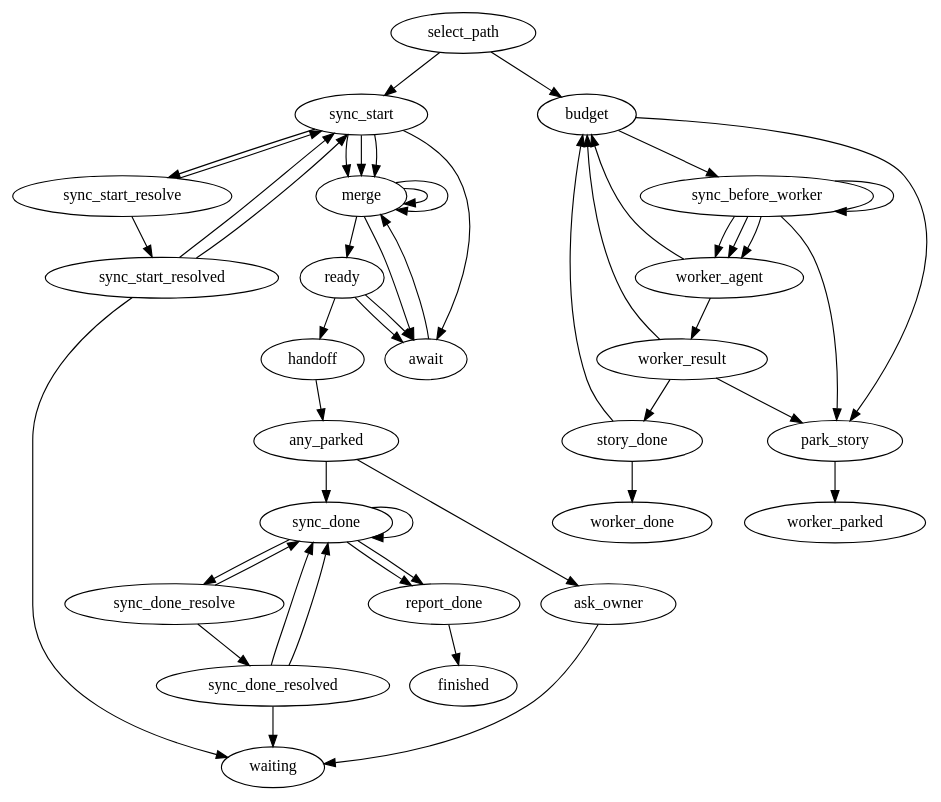
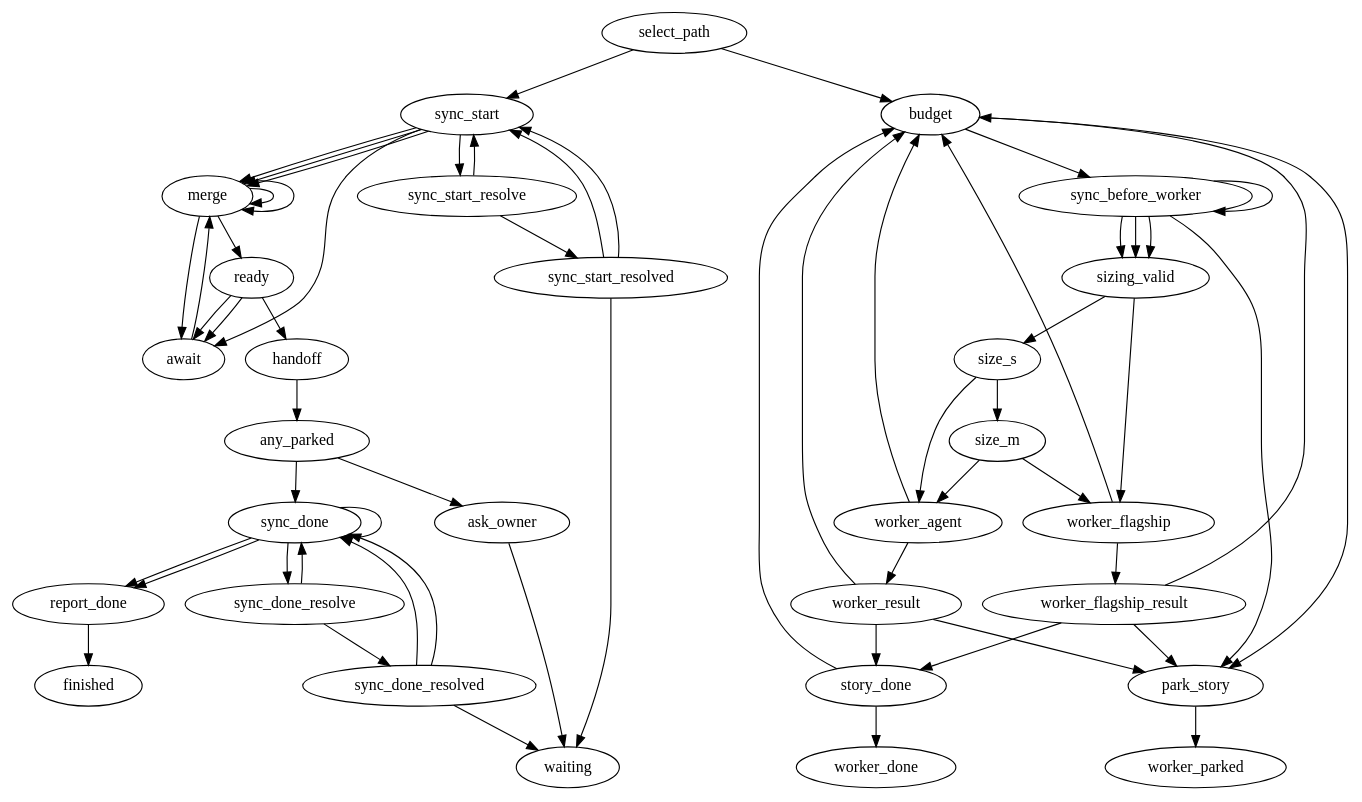
Before and after one commit to marioatcloudvane/litefactory: the diagram in teams/source/base-team/implement/implement.dot, drawn with Graphviz. The commit also changed 352 other files, not shown here.

First line of the commit message:
Implement run completed

```diff
--- a/teams/source/base-team/implement/implement.dot
+++ b/teams/source/base-team/implement/implement.dot
@@ -1,138 +1,155 @@
 // Implement runs a managed feature as a graph. The factory decides which path a
 // run takes: the parent issue takes the coordinator path, and each story
 // sub-issue takes the worker path with a session, branch and worktree of its
 // own. Independent stories therefore build side by side, and a story that fails
 // does not stop the others.
 //
 // Coordinator (parent issue). It first brings the repository's base branch
 // (main) into the feature branch, so stories build on a current base. An owner
 // reply that resumes parked stories enters at this base sync again, so a fix
 // that reached main while the stories waited reaches them too. Then it
 // merges finished stories until none is left and starts every story that is
 // ready. While stories build it rests at await
 // and ends the run; it wakes when a story changes state. When no story can start
 // or finish, it writes the hand-off report. If any story is parked, it asks the
 // owner one question that lists them all and waits. If every story is merged,
 // it brings main in once more and reports completion on the parent once. When
 // main conflicts with the feature branch, a resolver agent merges it in the
 // parent's worktree and resolves the conflict; the factory saves a completed
 // answer and syncs again. Only a blocked resolver asks the owner. The
 // coordinator itself never writes code.
 //
 // Worker (story sub-issue). The repair budget is counted in the story ledger:
 // the first attempt and two repairs. Each permitted entry first synchronizes
 // the selected story base; conflicts or exhausted sync retries park the story.
 // One write-access agent writes the code and
 // its tailored unit tests and runs them. Only an accepted completed answer is
 // saved (committed and pushed), and only then is the story done. A blocked
 // answer parks the story at once with the agent's own reason. An incomplete
 // answer, a failed attempt or a failed save counts one attempt and goes back to
 // the budget decision; the next attempt receives the reason. An exhausted budget
 // parks the story with the last worker's own reason.
 //
 // This file is the only place the flow lives. Go supplies steps and never picks
 // the next step. Every node has a positive lf_limit; the limits on the coordinator
 // loop are sized for the largest story set plus owner resumes, and the worker
 // limits hold the three attempts plus the final park.
 digraph implement {
  graph [team="{{team}}", mode="implement", profile_version="1", start="select_path"];
 
  // ---- Path selection ---------------------------------------------------------
  select_path [lf_action="lf_implement_select", lf_outcomes="coordinator,worker", lf_limit="4"];
 
  // ---- Coordinator --------------------------------------------------------------
  merge      [lf_action="lf_implement_merge", lf_outcomes="merged,parked,none,retry", lf_limit="64"];
  ready      [lf_action="lf_implement_ready", lf_outcomes="started,waiting,drained", lf_limit="64"];
  await      [lf_action="lf_implement_await", lf_outcomes="go", lf_limit="64"];
  handoff    [lf_action="lf_implement_handoff", lf_outcomes="posted", lf_limit="16"];
  any_parked [lf_action="lf_implement_any_parked", lf_outcomes="true,false", lf_limit="16"];
  ask_owner  [lf_action="lf_implement_ask", lf_outcomes="published", lf_source="sync_start", lf_limit="16"];
  report_done [lf_action="lf_implement_report_done", lf_outcomes="published", lf_source="merge", lf_limit="16"];
 
  // ---- Base sync ------------------------------------------------------------------
  sync_start          [lf_action="lf_sync_base", lf_outcomes="synced,current,conflict,retry,deferred", lf_limit="32"];
  sync_start_resolve  [lf_action="lf_agent", lf_outcomes="success,failed", lf_agent_markdown="sync-resolver", lf_skills="implement-result,{{stack_skill}}", lf_limit="3"];
  sync_start_resolved [lf_action="lf_implement_resolved", lf_outcomes="resolved,blocked,retry", lf_source="sync_start_resolve", lf_limit="3"];
  sync_done           [lf_action="lf_sync_base", lf_outcomes="synced,current,conflict,retry", lf_limit="8"];
  sync_done_resolve   [lf_action="lf_agent", lf_outcomes="success,failed", lf_agent_markdown="sync-resolver", lf_skills="implement-result,{{stack_skill}}", lf_limit="3"];
  sync_done_resolved  [lf_action="lf_implement_resolved", lf_outcomes="resolved,blocked,retry", lf_source="sync_done_resolve", lf_limit="3"];
 
  // ---- Worker -----------------------------------------------------------------------
  sync_before_worker [lf_action="lf_sync_base", lf_outcomes="synced,current,conflict,retry,deferred", lf_limit="8"];
  budget        [lf_action="lf_implement_budget", lf_outcomes="run,park", lf_limit="8"];
  worker_agent  [lf_slot_budget="3", lf_action="lf_agent", lf_outcomes="success,failed", lf_agent_markdown="story-worker", lf_standards="story-worker", lf_skills="implement-result,{{stack_skill}}", lf_budget="120", lf_limit="3"];
  worker_result [lf_action="lf_implement_result", lf_outcomes="completed,incomplete,blocked", lf_source="worker_agent", lf_limit="3"];
+ sizing_valid [lf_action="lf_if", lf_outcomes="true,false", lf_field="story.sizing_valid", lf_condition="true", lf_limit="3"];
+ size_s [lf_action="lf_if", lf_outcomes="true,false", lf_field="story.size", lf_condition="S", lf_limit="3"];
+ size_m [lf_action="lf_if", lf_outcomes="true,false", lf_field="story.size", lf_condition="M", lf_limit="3"];
+ worker_flagship [lf_slot_budget="3", lf_action="lf_agent", lf_outcomes="success,failed", lf_agent_markdown="story-worker", lf_standards="story-worker", lf_skills="implement-result,{{stack_skill}}", lf_budget="120", lf_limit="3", lf_model_tier="flagship"];
+ worker_flagship_result [lf_action="lf_implement_result", lf_outcomes="completed,incomplete,blocked", lf_source="worker_flagship", lf_limit="3"];
  story_done    [lf_action="lf_implement_story_done", lf_outcomes="done,retry", lf_limit="3"];
  park_story    [lf_action="lf_implement_park", lf_outcomes="parked", lf_limit="4"];
 
  // ---- Terminals ------------------------------------------------------------------------
  waiting       [lf_terminal="true"];
  finished      [lf_terminal="true"];
  worker_done   [lf_terminal="true"];
  worker_parked [lf_terminal="true"];
 
  select_path -> sync_start [lf_on="coordinator"];
  select_path -> budget     [lf_on="worker"];
 
  // Coordinator start: bring main into the feature branch before any story
  // starts. A conflict goes to the resolver; a completed resolution is saved and
  // the sync runs again. A busy or moved branch rests at await and goes on.
  sync_start          -> merge               [lf_on="synced"];
  sync_start          -> merge               [lf_on="current"];
  sync_start          -> merge               [lf_on="deferred"];
  sync_start          -> sync_start_resolve  [lf_on="conflict"];
  sync_start          -> await               [lf_on="retry"];
  sync_start_resolve  -> sync_start_resolved [lf_on="success"];
  sync_start_resolve  -> sync_start          [lf_on="failed"];
  sync_start_resolved -> sync_start          [lf_on="resolved"];
  sync_start_resolved -> sync_start          [lf_on="retry"];
  sync_start_resolved -> waiting             [lf_on="blocked"];
 
  // Coordinator: merge until none, then ready. A started or waiting result rests
  // at await; a drained one is the end of the work.
  merge -> merge   [lf_on="merged"];
  merge -> merge   [lf_on="parked"];
  merge -> ready   [lf_on="none"];
  merge -> await   [lf_on="retry"];
  ready -> await   [lf_on="started"];
  ready -> await   [lf_on="waiting"];
  ready -> handoff [lf_on="drained"];
  await -> merge   [lf_on="go"];
 
  // After the hand-off, one question for every parked story, or main once more
  // and the completion reply and finish.
  handoff     -> any_parked  [lf_on="posted"];
  any_parked  -> ask_owner   [lf_on="true"];
  any_parked  -> sync_done   [lf_on="false"];
  ask_owner   -> waiting     [lf_on="published"];
  report_done -> finished    [lf_on="published"];
 
  // Coordinator end: bring main in again before the completion reply.
  sync_done          -> report_done        [lf_on="synced"];
  sync_done          -> report_done        [lf_on="current"];
  sync_done          -> sync_done_resolve  [lf_on="conflict"];
  sync_done          -> sync_done          [lf_on="retry"];
  sync_done_resolve  -> sync_done_resolved [lf_on="success"];
  sync_done_resolve  -> sync_done          [lf_on="failed"];
  sync_done_resolved -> sync_done          [lf_on="resolved"];
  sync_done_resolved -> sync_done          [lf_on="retry"];
  sync_done_resolved -> waiting            [lf_on="blocked"];
 
  // Worker: budget, then synchronize the selected story base before the agent. Completed is saved; blocked parks at once. An
  // incomplete answer, a failed attempt or a failed save goes back to the budget.
  budget        -> sync_before_worker [lf_on="run"];
- sync_before_worker -> worker_agent [lf_on="synced"];
- sync_before_worker -> worker_agent [lf_on="current"];
- sync_before_worker -> worker_agent [lf_on="deferred"];
+ sync_before_worker -> sizing_valid [lf_on="synced"];
+ sync_before_worker -> sizing_valid [lf_on="current"];
+ sync_before_worker -> sizing_valid [lf_on="deferred"];
  sync_before_worker -> sync_before_worker [lf_on="retry"];
  sync_before_worker -> park_story [lf_on="conflict"];
  budget        -> park_story    [lf_on="park"];
+ // Valid S/M inherit the captured role tier; all other facts use flagship.
+ sizing_valid -> size_s [lf_on="true"];
+ sizing_valid -> worker_flagship [lf_on="false"];
+ size_s -> worker_agent [lf_on="true"];
+ size_s -> size_m [lf_on="false"];
+ size_m -> worker_agent [lf_on="true"];
+ size_m -> worker_flagship [lf_on="false"];
+ worker_flagship -> worker_flagship_result [lf_on="success"];
+ worker_flagship -> budget [lf_on="failed"];
+ worker_flagship_result -> story_done [lf_on="completed"];
+ worker_flagship_result -> budget [lf_on="incomplete"];
+ worker_flagship_result -> park_story [lf_on="blocked"];
  worker_agent  -> worker_result [lf_on="success"];
  worker_agent  -> budget        [lf_on="failed"];
  worker_result -> story_done    [lf_on="completed"];
  worker_result -> budget        [lf_on="incomplete"];
  worker_result -> park_story    [lf_on="blocked"];
  story_done    -> worker_done   [lf_on="done"];
  story_done    -> budget        [lf_on="retry"];
  park_story    -> worker_parked [lf_on="parked"];
 }
```
